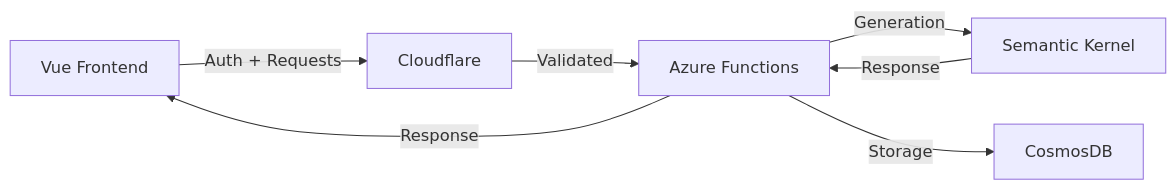
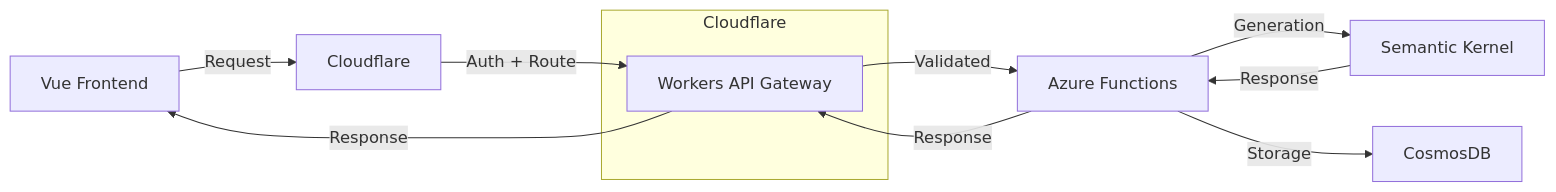
Before and after one commit to eric-fern/wizardteach: the first of 3 diagrams in README.md, drawn with Mermaid. The commit also changed other lines of this file, not shown here.

````diff
--- a/README.md
+++ b/README.md
@@ -8,9 +12,14 @@
 ```mermaid
 graph LR
-    UI[Vue Frontend] -->|Auth + Requests| CF[Cloudflare]
-    CF -->|Validated| AF[Azure Functions]
+    UI[Vue Frontend] -->|Request| CF[Cloudflare]
+    subgraph Cloudflare
+        CFW[Workers API Gateway]
+    end
+    CF -->|Auth + Route| CFW
+    CFW -->|Validated| AF[Azure Functions]
     AF -->|Generation| SK[Semantic Kernel]
     AF -->|Storage| DB[CosmosDB]
     SK -->|Response| AF
-    AF -->|Response| UI
+    AF -->|Response| CFW
+    CFW -->|Response| UI
 ```
````
